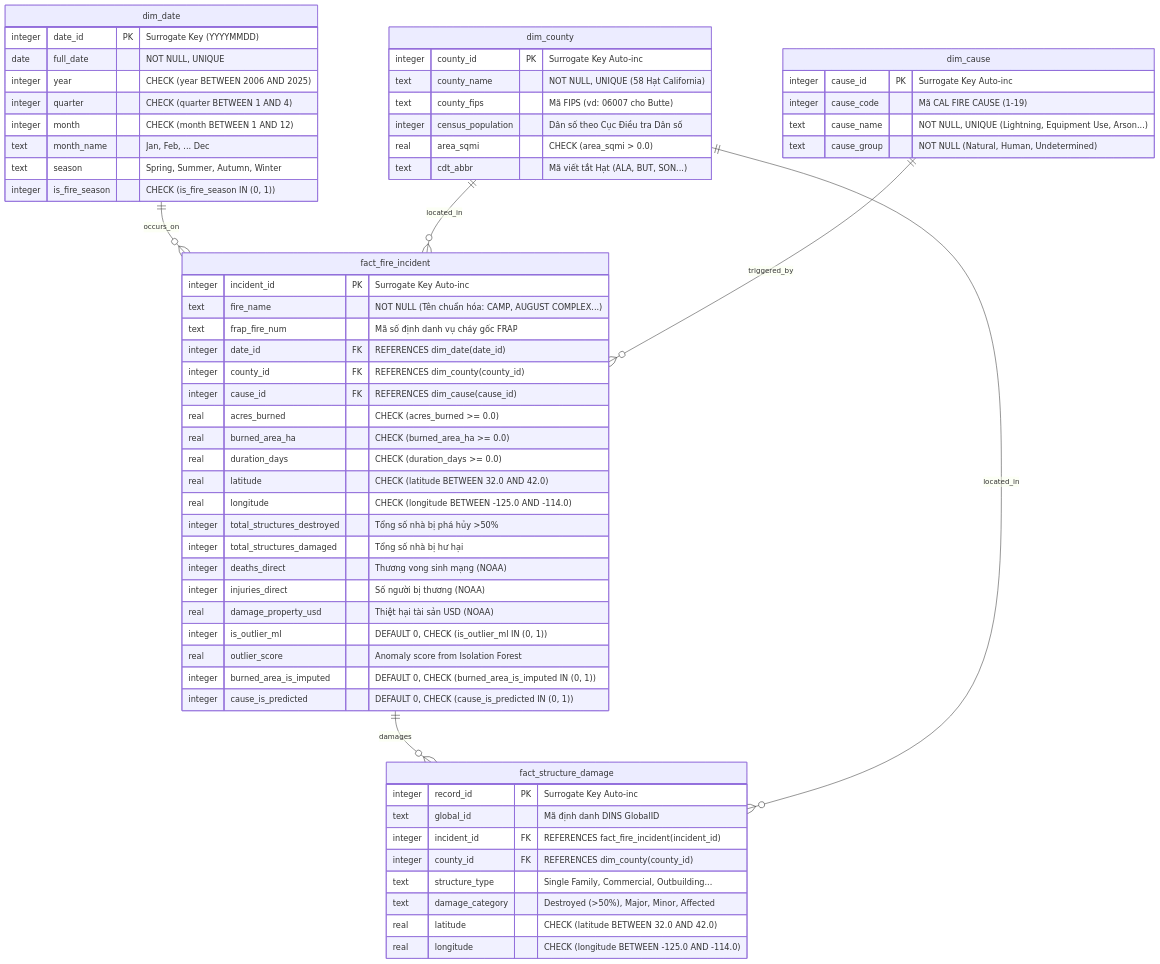
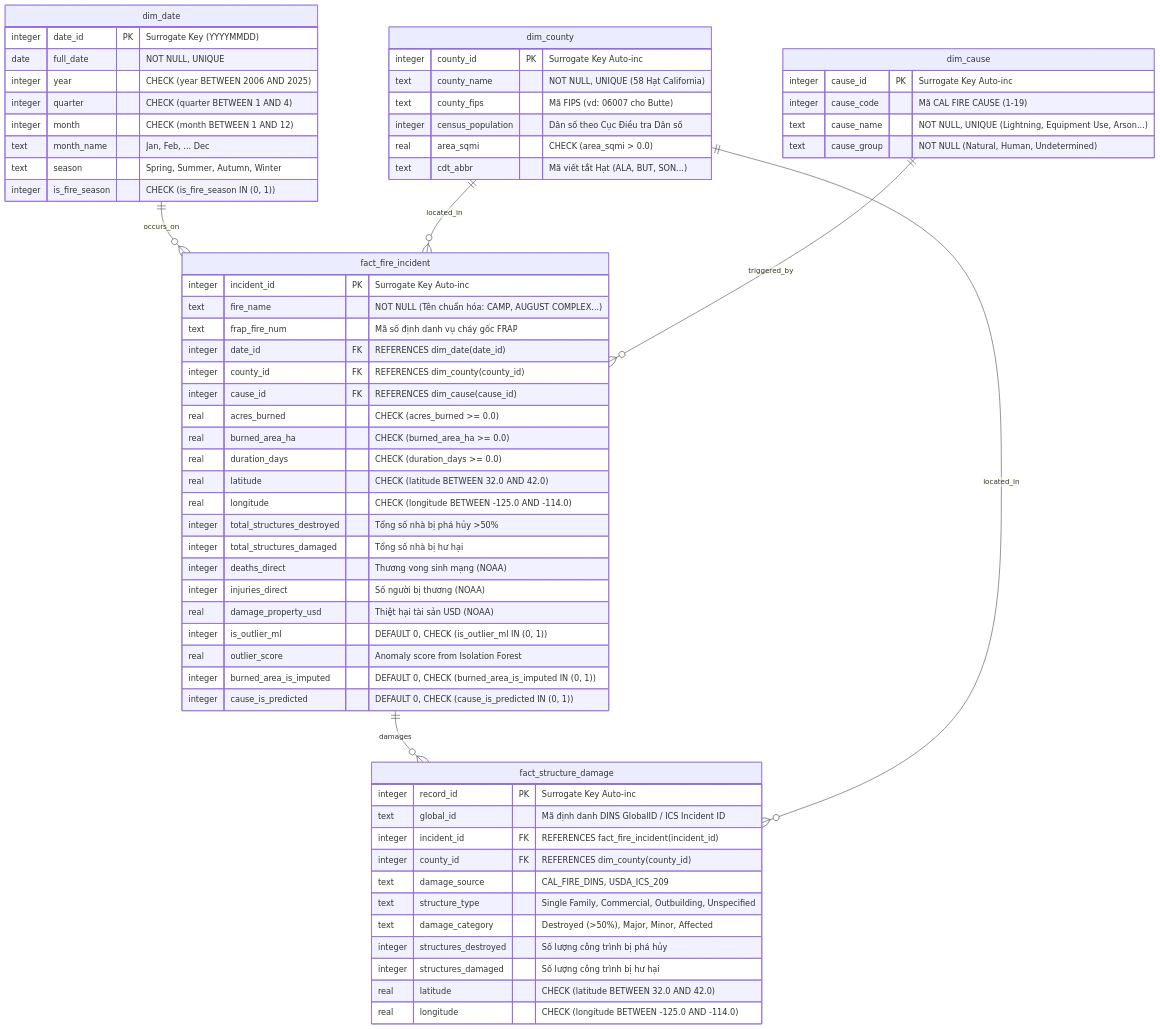
Before and after one commit to tpdk0105/IDV_TTDL: the diagram in docs/ERD.md, drawn with Mermaid. The commit also changed other lines of this file and 12 other files, not shown here.

````diff
--- a/docs/ERD.md
+++ b/docs/ERD.md
@@ -20,69 +20,72 @@
 ```mermaid
 erDiagram
     dim_date ||--o{ fact_fire_incident : "occurs_on"
     dim_county ||--o{ fact_fire_incident : "located_in"
     dim_cause ||--o{ fact_fire_incident : "triggered_by"
     fact_fire_incident ||--o{ fact_structure_damage : "damages"
     dim_county ||--o{ fact_structure_damage : "located_in"
 
     dim_date {
         integer date_id PK "Surrogate Key (YYYYMMDD)"
         date full_date "NOT NULL, UNIQUE"
         integer year "CHECK (year BETWEEN 2006 AND 2025)"
         integer quarter "CHECK (quarter BETWEEN 1 AND 4)"
         integer month "CHECK (month BETWEEN 1 AND 12)"
         text month_name "Jan, Feb, ... Dec"
         text season "Spring, Summer, Autumn, Winter"
         integer is_fire_season "CHECK (is_fire_season IN (0, 1))"
     }
 
     dim_county {
         integer county_id PK "Surrogate Key Auto-inc"
         text county_name "NOT NULL, UNIQUE (58 Hạt California)"
         text county_fips "Mã FIPS (vd: 06007 cho Butte)"
         integer census_population "Dân số theo Cục Điều tra Dân số"
         real area_sqmi "CHECK (area_sqmi > 0.0)"
         text cdt_abbr "Mã viết tắt Hạt (ALA, BUT, SON...)"
     }
 
     dim_cause {
         integer cause_id PK "Surrogate Key Auto-inc"
         integer cause_code "Mã CAL FIRE CAUSE (1-19)"
         text cause_name "NOT NULL, UNIQUE (Lightning, Equipment Use, Arson...)"
         text cause_group "NOT NULL (Natural, Human, Undetermined)"
     }
 
     fact_fire_incident {
         integer incident_id PK "Surrogate Key Auto-inc"
         text fire_name "NOT NULL (Tên chuẩn hóa: CAMP, AUGUST COMPLEX...)"
         text frap_fire_num "Mã số định danh vụ cháy gốc FRAP"
         integer date_id FK "REFERENCES dim_date(date_id)"
         integer county_id FK "REFERENCES dim_county(county_id)"
         integer cause_id FK "REFERENCES dim_cause(cause_id)"
         real acres_burned "CHECK (acres_burned >= 0.0)"
         real burned_area_ha "CHECK (burned_area_ha >= 0.0)"
         real duration_days "CHECK (duration_days >= 0.0)"
         real latitude "CHECK (latitude BETWEEN 32.0 AND 42.0)"
         real longitude "CHECK (longitude BETWEEN -125.0 AND -114.0)"
         integer total_structures_destroyed "Tổng số nhà bị phá hủy >50%"
         integer total_structures_damaged "Tổng số nhà bị hư hại"
         integer deaths_direct "Thương vong sinh mạng (NOAA)"
         integer injuries_direct "Số người bị thương (NOAA)"
         real damage_property_usd "Thiệt hại tài sản USD (NOAA)"
         integer is_outlier_ml "DEFAULT 0, CHECK (is_outlier_ml IN (0, 1))"
         real outlier_score "Anomaly score from Isolation Forest"
         integer burned_area_is_imputed "DEFAULT 0, CHECK (burned_area_is_imputed IN (0, 1))"
         integer cause_is_predicted "DEFAULT 0, CHECK (cause_is_predicted IN (0, 1))"
     }
 
     fact_structure_damage {
         integer record_id PK "Surrogate Key Auto-inc"
-        text global_id "Mã định danh DINS GlobalID"
+        text global_id "Mã định danh DINS GlobalID / ICS Incident ID"
         integer incident_id FK "REFERENCES fact_fire_incident(incident_id)"
         integer county_id FK "REFERENCES dim_county(county_id)"
-        text structure_type "Single Family, Commercial, Outbuilding..."
+        text damage_source "CAL_FIRE_DINS, USDA_ICS_209"
+        text structure_type "Single Family, Commercial, Outbuilding, Unspecified"
         text damage_category "Destroyed (>50%), Major, Minor, Affected"
+        integer structures_destroyed "Số lượng công trình bị phá hủy"
+        integer structures_damaged "Số lượng công trình bị hư hại"
         real latitude "CHECK (latitude BETWEEN 32.0 AND 42.0)"
         real longitude "CHECK (longitude BETWEEN -125.0 AND -114.0)"
     }
 ```
````
